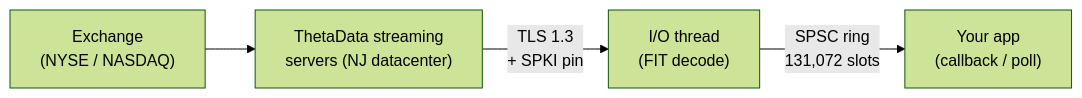
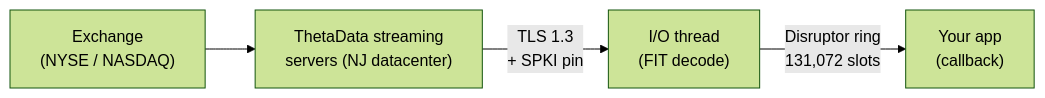
The diagram in docs-site/docs/getting-started/streaming.md (userFRM/ThetaDataDx), drawn with Mermaid (forest theme) before and after one commit. The commit also changed other lines of this file and 464 other files, not shown here.

````diff
--- a/docs-site/docs/getting-started/streaming.md
+++ b/docs-site/docs/getting-started/streaming.md
@@ -14,6 +14,6 @@
 ```mermaid
 graph LR
     A["Exchange<br/>(NYSE / NASDAQ)"] --> B["ThetaData streaming<br/>servers (NJ datacenter)"]
     B -->|"TLS 1.3<br/>+ SPKI pin"| C["I/O thread<br/>(FIT decode)"]
-    C -->|"SPSC ring<br/>131,072 slots"| D["Your app<br/>(callback / poll)"]
+    C -->|"Disruptor ring<br/>131,072 slots"| D["Your app<br/>(callback)"]
 ```
````
